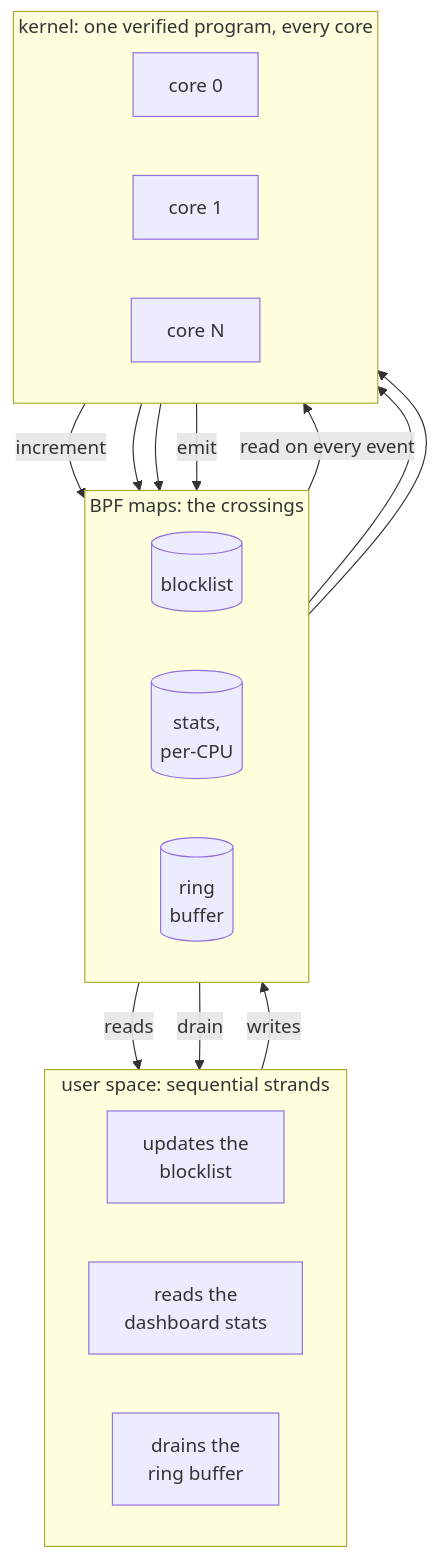
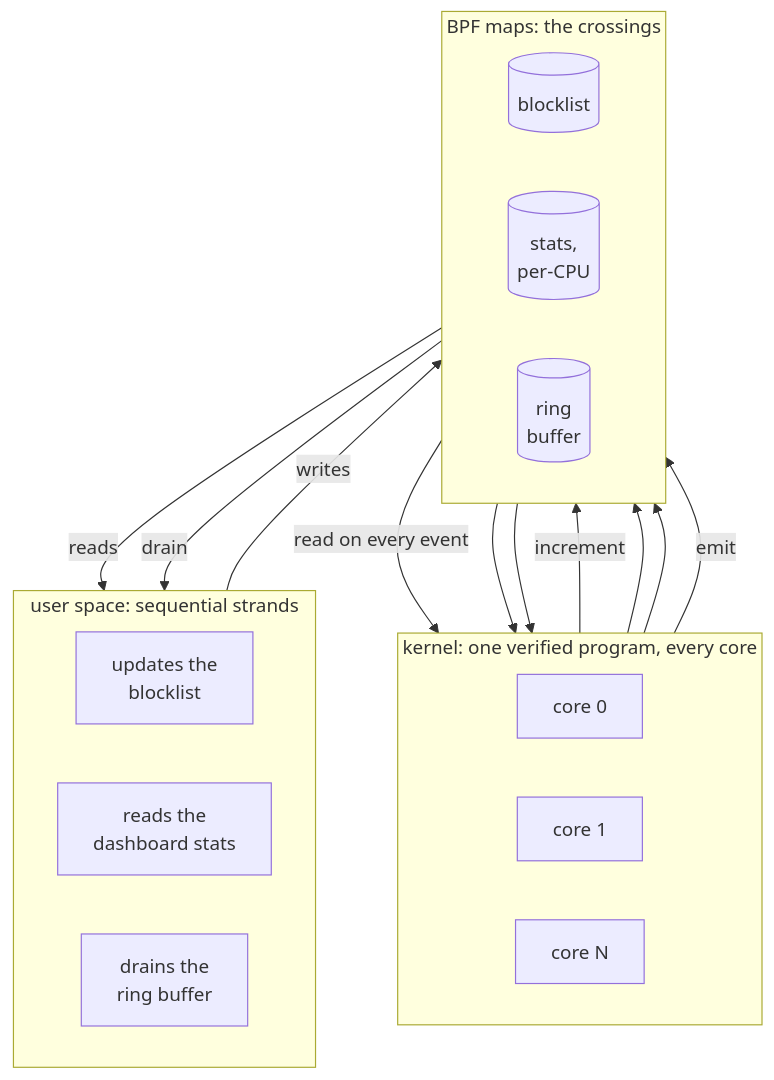
The third of 3 diagrams in hugo/content/blog/building-bulletproof-ebpf-kernels.md (FidelityFramework/clef-lang-site), drawn with Mermaid before and after one commit. The commit also changed other lines of this file, not shown here.

````diff
--- a/hugo/content/blog/building-bulletproof-ebpf-kernels.md
+++ b/hugo/content/blog/building-bulletproof-ebpf-kernels.md
@@ -139,31 +145,31 @@
 ```mermaid
 flowchart TB
+    subgraph KN["kernel: one verified program, every core"]
+        direction LR
+        P0["core 0"]
+        P1["core 1"]
+        PN["core N"]
+    end
     subgraph US["user space: sequential strands"]
         direction LR
         W1["updates the<br/>blocklist"]
         W2["reads the<br/>dashboard stats"]
         W3["drains the<br/>ring buffer"]
     end
     subgraph MP["BPF maps: the crossings"]
         direction LR
         BL[("blocklist")]
         ST[("stats,<br/>per-CPU")]
         RB[("ring<br/>buffer")]
     end
-    subgraph KN["kernel: one verified program, every core"]
-        direction LR
-        P0["core 0"]
-        P1["core 1"]
-        PN["core N"]
-    end
     W1 -->|writes| BL
     BL -->|read on every event| P0
     BL --> P1
     BL --> PN
     P0 -->|increment| ST
     P1 --> ST
     PN --> ST
     ST -->|reads| W2
     P1 -->|emit| RB
     RB -->|drain| W3
 ```
````
